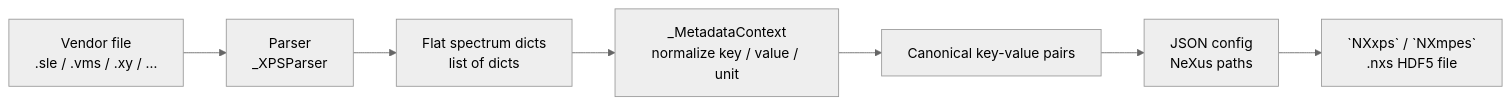
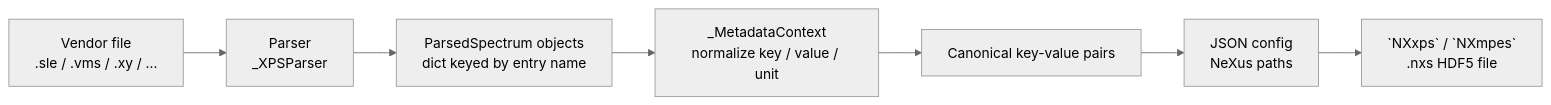
One commit to FAIRmat-NFDI/pynxtools-xps changed the diagram in docs/explanation/parser_architecture.md. Above: the diagram before and after it, drawn with Mermaid (neutral theme). The commit also changed other lines of this file and 72 other files, not shown here.

````diff
--- a/docs/explanation/parser_architecture.md
+++ b/docs/explanation/parser_architecture.md
@@ -21,9 +20,9 @@
 ```mermaid
 flowchart LR
     A[Vendor file\n.sle / .vms / .xy / …] --> B[Parser\n_XPSParser]
-    B --> C[Flat spectrum dicts\nlist of dicts]
+    B --> C[ParsedSpectrum objects\ndict keyed by entry name]
     C --> D[_MetadataContext\nnormalize key / value / unit]
     D --> E[Canonical key-value pairs]
     E --> F[JSON config\nNeXus paths]
     F --> G[`NXxps` / `NXmpes`\n.nxs HDF5 file]
 ```
````
